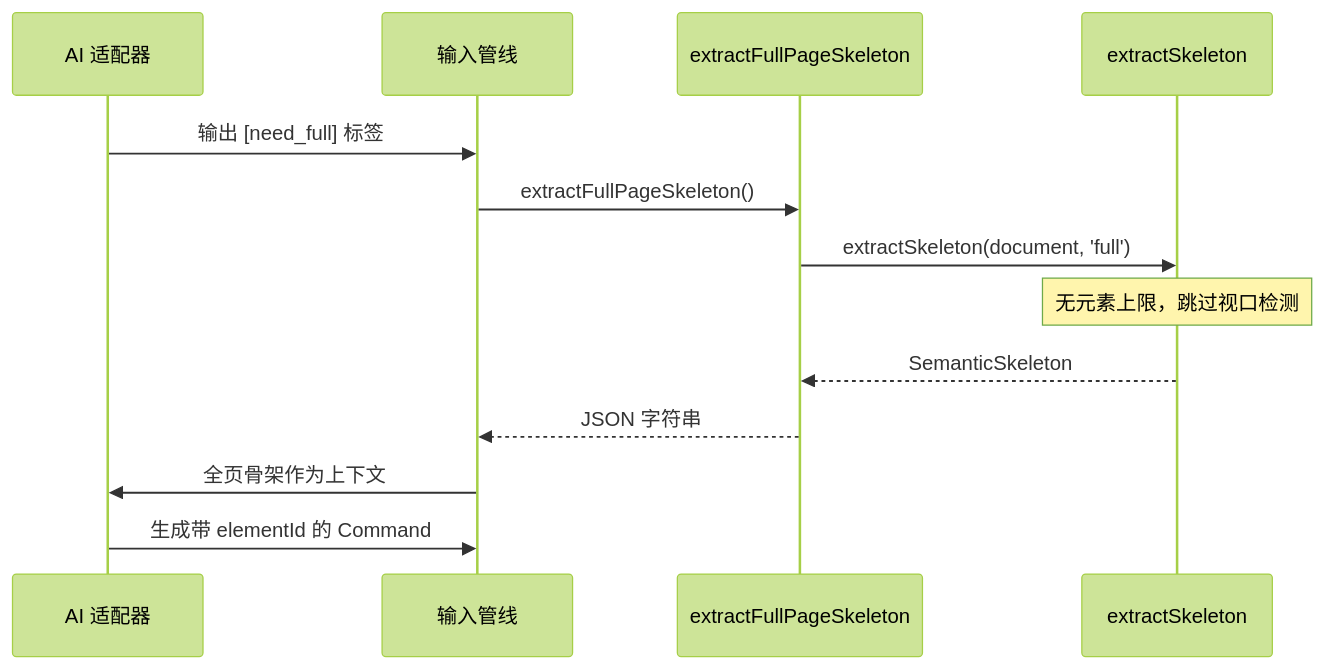
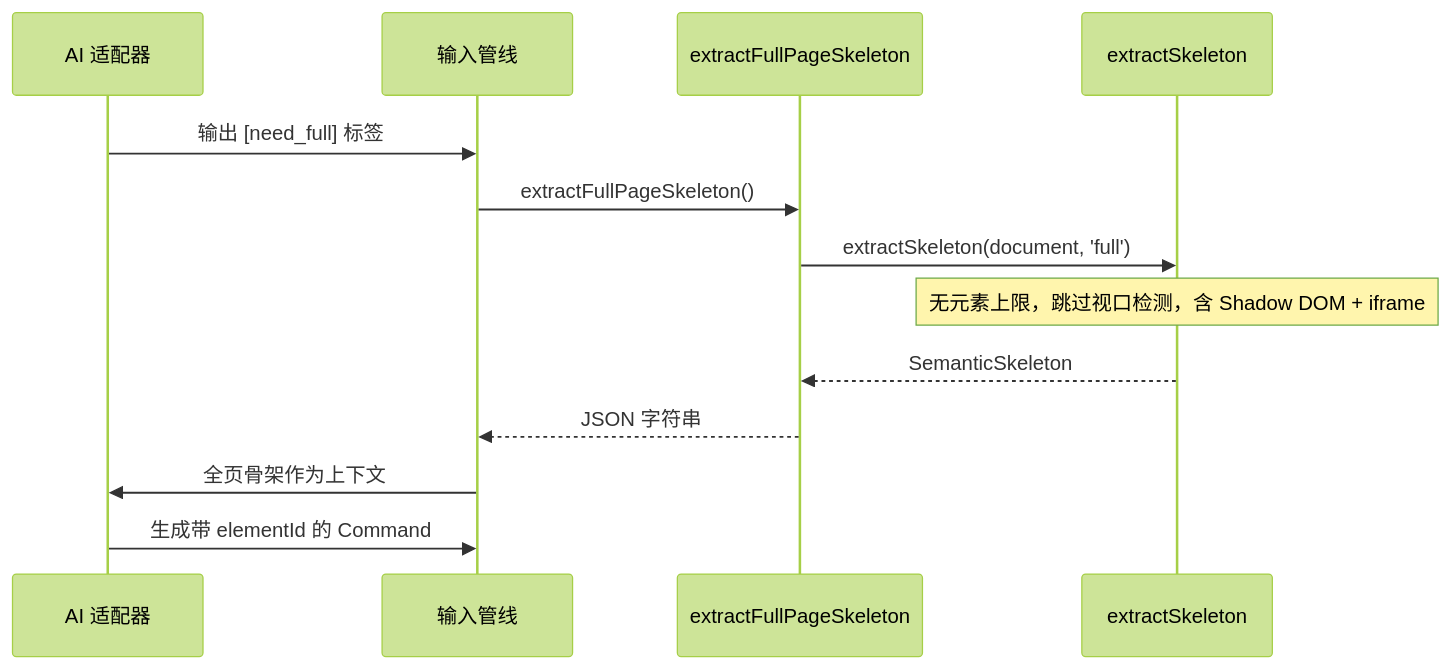
One commit to zw123zw/ai-browser changed the fifth of 7 diagrams in docs/architecture/browser-command.md. Above: the diagram before and after it, drawn with Mermaid (forest theme). The commit also changed other lines of this file and 12 other files, not shown here.

````diff
--- a/docs/architecture/browser-command.md
+++ b/docs/architecture/browser-command.md
@@ -711,16 +1174,16 @@
 ```mermaid
 sequenceDiagram
     participant AI as AI 适配器
     participant Pipeline as 输入管线
     participant LH as extractFullPageSkeleton
     participant ES as extractSkeleton
 
     AI->>Pipeline: 输出 [need_full] 标签
     Pipeline->>LH: extractFullPageSkeleton()
     LH->>ES: extractSkeleton(document, 'full')
-    Note over ES: 无元素上限，跳过视口检测
+    Note over ES: 无元素上限，跳过视口检测，含 Shadow DOM + iframe
     ES-->>LH: SemanticSkeleton
     LH-->>Pipeline: JSON 字符串
     Pipeline->>AI: 全页骨架作为上下文
     AI->>Pipeline: 生成带 elementId 的 Command
 ```
````
